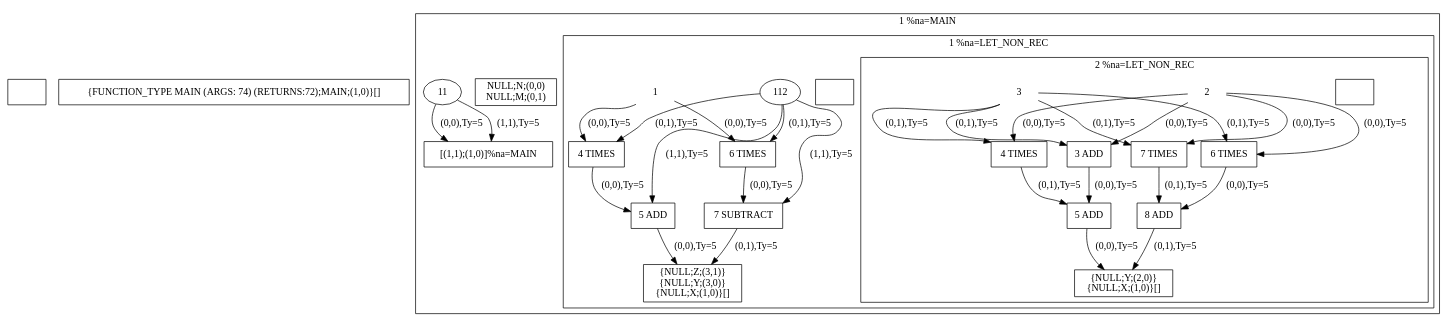
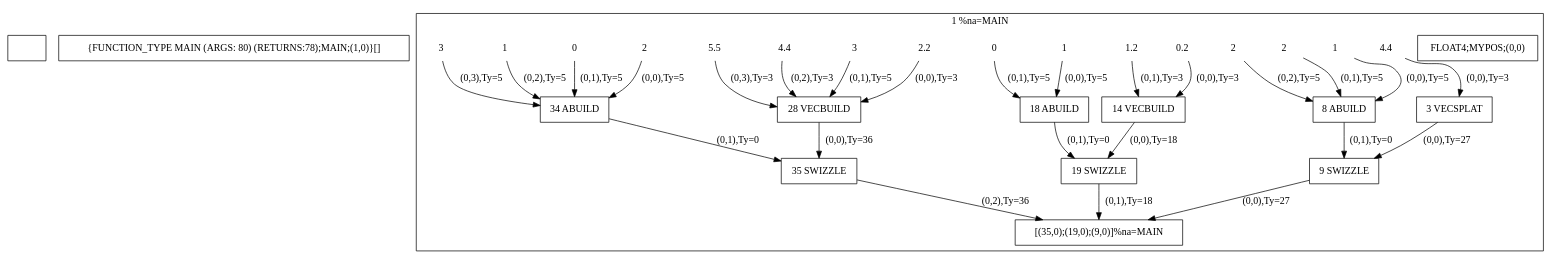
Before and after one commit to qram9/sisal: the diagram in out.dot, drawn with Graphviz. The commit also changed 6 other files, not shown here.

```diff
--- a/out.dot
+++ b/out.dot
@@ -1,58 +1,59 @@
 digraph R {
 newrank=true;
 IN00 [shape=rect;label=""];
-OUT00 [shape=rect;label="{FUNCTION_TYPE MAIN (ARGS: 74) (RETURNS:72);MAIN;(1,0)}[]"];
+OUT00 [shape=rect;label="{FUNCTION_TYPE MAIN (ARGS: 80) (RETURNS:78);MAIN;(1,0)}[]"];
 subgraph cluster_01 {
 label="1 %na=MAIN";
-IN01 [shape=rect;label="NULL;N;(0,0)\nNULL;M;(0,1)"];
-OUT01 [shape=rect;label="[(1,1);(1,0)]%na=MAIN"];
-subgraph cluster_11 {
-label="1 %na=LET_NON_REC";
-IN011 [shape=rect;label=""];
-OUT011 [shape=rect;label="{NULL;Z;(3,1)}\n{NULL;Y;(3,0)}\n{NULL;X;(1,0)}[]"];
-111 [shape=plaintext;label="1"];
-subgraph cluster_112 {
-label="2 %na=LET_NON_REC";
-IN0112 [shape=rect;label=""];
-OUT0112 [shape=rect;label="{NULL;Y;(2,0)}\n{NULL;X;(1,0)}[]"];
-1121 [shape=plaintext;label="2"];
-1122 [shape=plaintext;label="3"];
-1123 [shape=rect;label="3 ADD"];
-1124 [shape=rect;label="4 TIMES"];
-1125 [shape=rect;label="5 ADD"];
-1126 [shape=rect;label="6 TIMES"];
-1127 [shape=rect;label="7 TIMES"];
-1128 [shape=rect;label="8 ADD"]
-1121 ->  1123 [label="(0,0),Ty=5"]
-1121 ->  1124 [label="(0,0),Ty=5"]
-1121 ->  1126 [label="(0,0),Ty=5"]
-1121 ->  1127 [label="(0,0),Ty=5"]
-1122 ->  1123 [label="(0,1),Ty=5"]
-1122 ->  1124 [label="(0,1),Ty=5"]
-1122 ->  1126 [label="(0,1),Ty=5"]
-1122 ->  1127 [label="(0,1),Ty=5"]
-1123 ->  1125 [label="(0,0),Ty=5"]
-1124 ->  1125 [label="(0,1),Ty=5"]
-1125 ->  OUT0112 [label="(0,0),Ty=5"]
-1126 ->  1128 [label="(0,0),Ty=5"]
-1127 ->  1128 [label="(0,1),Ty=5"]
-1128 ->  OUT0112 [label="(0,1),Ty=5"]
-};
-114 [shape=rect;label="4 TIMES"];
-115 [shape=rect;label="5 ADD"];
-116 [shape=rect;label="6 TIMES"];
-117 [shape=rect;label="7 SUBTRACT"]
-111 ->  114 [label="(0,0),Ty=5"]
-111 ->  116 [label="(0,0),Ty=5"]
-112 ->  114 [label="(0,1),Ty=5"]
-112 ->  115 [label="(1,1),Ty=5"]
-112 ->  116 [label="(0,1),Ty=5"]
-112 ->  117 [label="(1,1),Ty=5"]
-114 ->  115 [label="(0,0),Ty=5"]
-115 ->  OUT011 [label="(0,0),Ty=5"]
-116 ->  117 [label="(0,0),Ty=5"]
-117 ->  OUT011 [label="(0,1),Ty=5"]
-}
-11 ->  OUT01 [label="(0,0),Ty=5"]
-11 ->  OUT01 [label="(1,1),Ty=5"]
+IN01 [shape=rect;label="FLOAT4;MYPOS;(0,0)"];
+OUT01 [shape=rect;label="[(35,0);(19,0);(9,0)]%na=MAIN"];
+11 [shape=plaintext;label="4.4"];
+13 [shape=rect;label="3 VECSPLAT"];
+15 [shape=plaintext;label="1"];
+16 [shape=plaintext;label="2"];
+17 [shape=plaintext;label="2"];
+18 [shape=rect;label="8 ABUILD"];
+19 [shape=rect;label="9 SWIZZLE"];
+110 [shape=plaintext;label="0.2"];
+112 [shape=plaintext;label="1.2"];
+114 [shape=rect;label="14 VECBUILD"];
+116 [shape=plaintext;label="1"];
+117 [shape=plaintext;label="0"];
+118 [shape=rect;label="18 ABUILD"];
+119 [shape=rect;label="19 SWIZZLE"];
+120 [shape=plaintext;label="2.2"];
+122 [shape=plaintext;label="3"];
+124 [shape=plaintext;label="4.4"];
+126 [shape=plaintext;label="5.5"];
+128 [shape=rect;label="28 VECBUILD"];
+130 [shape=plaintext;label="2"];
+131 [shape=plaintext;label="0"];
+132 [shape=plaintext;label="1"];
+133 [shape=plaintext;label="3"];
+134 [shape=rect;label="34 ABUILD"];
+135 [shape=rect;label="35 SWIZZLE"]
+11 ->  13 [label="(0,0),Ty=3"]
+13 ->  19 [label="(0,0),Ty=27"]
+15 ->  18 [label="(0,0),Ty=5"]
+16 ->  18 [label="(0,1),Ty=5"]
+17 ->  18 [label="(0,2),Ty=5"]
+18 ->  19 [label="(0,1),Ty=0"]
+19 ->  OUT01 [label="(0,0),Ty=27"]
+110 ->  114 [label="(0,0),Ty=3"]
+112 ->  114 [label="(0,1),Ty=3"]
+114 ->  119 [label="(0,0),Ty=18"]
+116 ->  118 [label="(0,0),Ty=5"]
+117 ->  118 [label="(0,1),Ty=5"]
+118 ->  119 [label="(0,1),Ty=0"]
+119 ->  OUT01 [label="(0,1),Ty=18"]
+120 ->  128 [label="(0,0),Ty=3"]
+122 ->  128 [label="(0,1),Ty=5"]
+124 ->  128 [label="(0,2),Ty=3"]
+126 ->  128 [label="(0,3),Ty=3"]
+128 ->  135 [label="(0,0),Ty=36"]
+130 ->  134 [label="(0,0),Ty=5"]
+131 ->  134 [label="(0,1),Ty=5"]
+132 ->  134 [label="(0,2),Ty=5"]
+133 ->  134 [label="(0,3),Ty=5"]
+134 ->  135 [label="(0,1),Ty=0"]
+135 ->  OUT01 [label="(0,2),Ty=36"]
 }}
```
